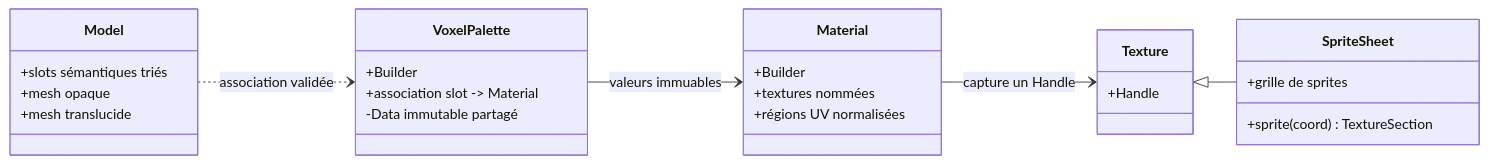
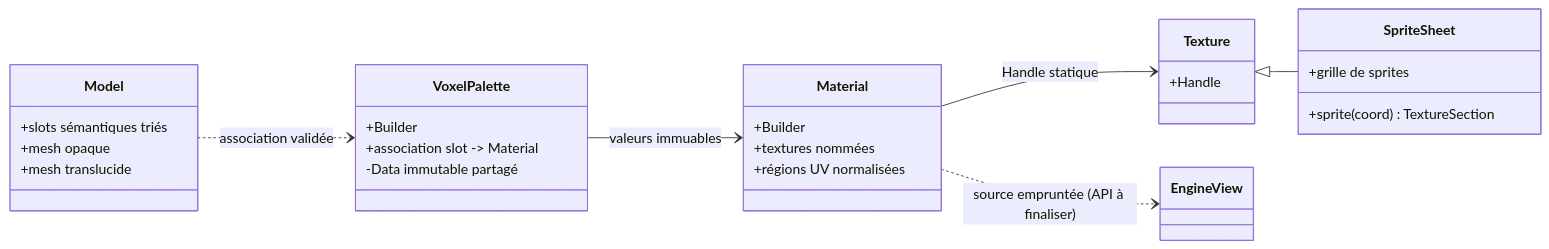
The fourth of 10 diagrams in docs/voxel-engine-v0.1.4-specification.md (EreliaStudio/Sparkle), drawn with Mermaid before and after one commit. The commit also changed other lines of this file, not shown here.

Commit message:
docs(v0.1.4): reconcile rendering inheritance, view lifetimes, multiwindow rendering and snapshot sequences

````diff
--- a/docs/voxel-engine-v0.1.4-specification.md
+++ b/docs/voxel-engine-v0.1.4-specification.md
@@ -313,30 +312,31 @@
 ```mermaid
 classDiagram
   direction LR
   class Material {
     +Builder
     +textures nommées
     +régions UV normalisées
   }
   class Texture {
     +Handle
   }
   class SpriteSheet {
     +sprite(coord) TextureSection
     +grille de sprites
   }
   class VoxelPalette {
     +Builder
     +association slot -> Material
     -Data immutable partagé
   }
   class Model {
     +slots sémantiques triés
     +mesh opaque
     +mesh translucide
   }
   Texture <|-- SpriteSheet
-  Material --> Texture : capture un Handle
+  Material --> Texture : Handle statique
+  Material ..> EngineView : source empruntée (API à finaliser)
   VoxelPalette --> Material : valeurs immuables
   Model ..> VoxelPalette : association validée
 ```
````
